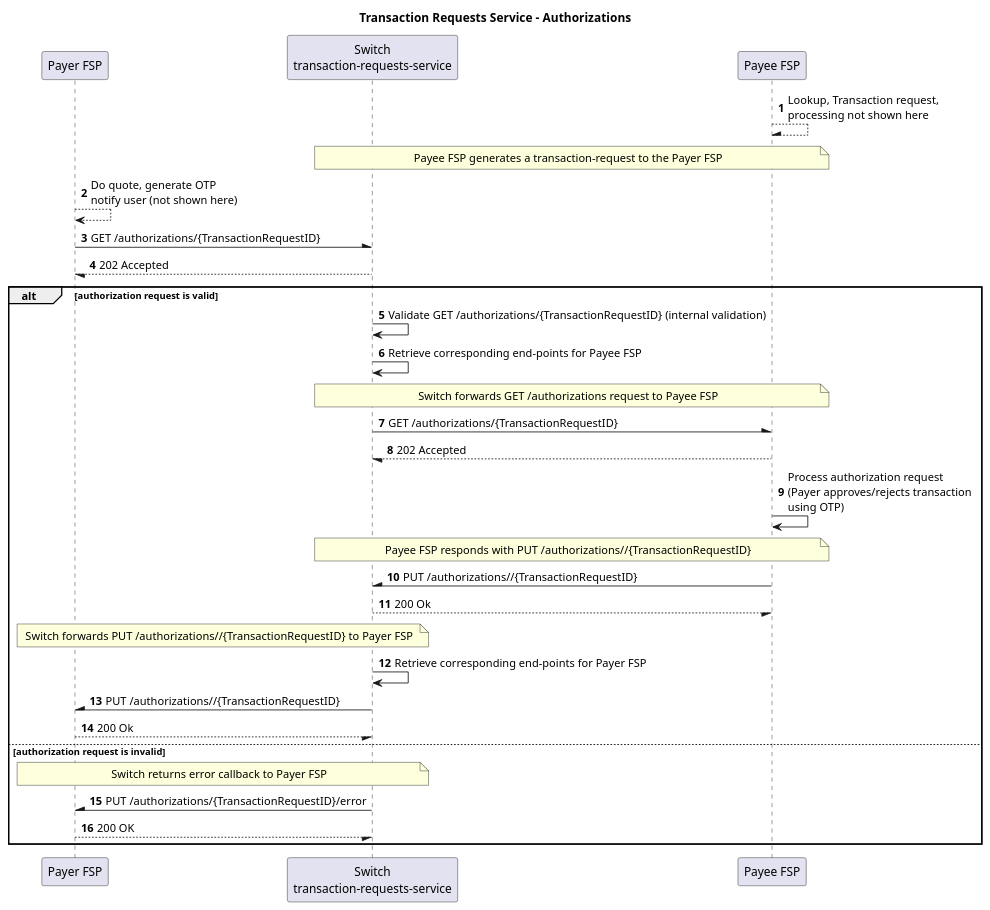
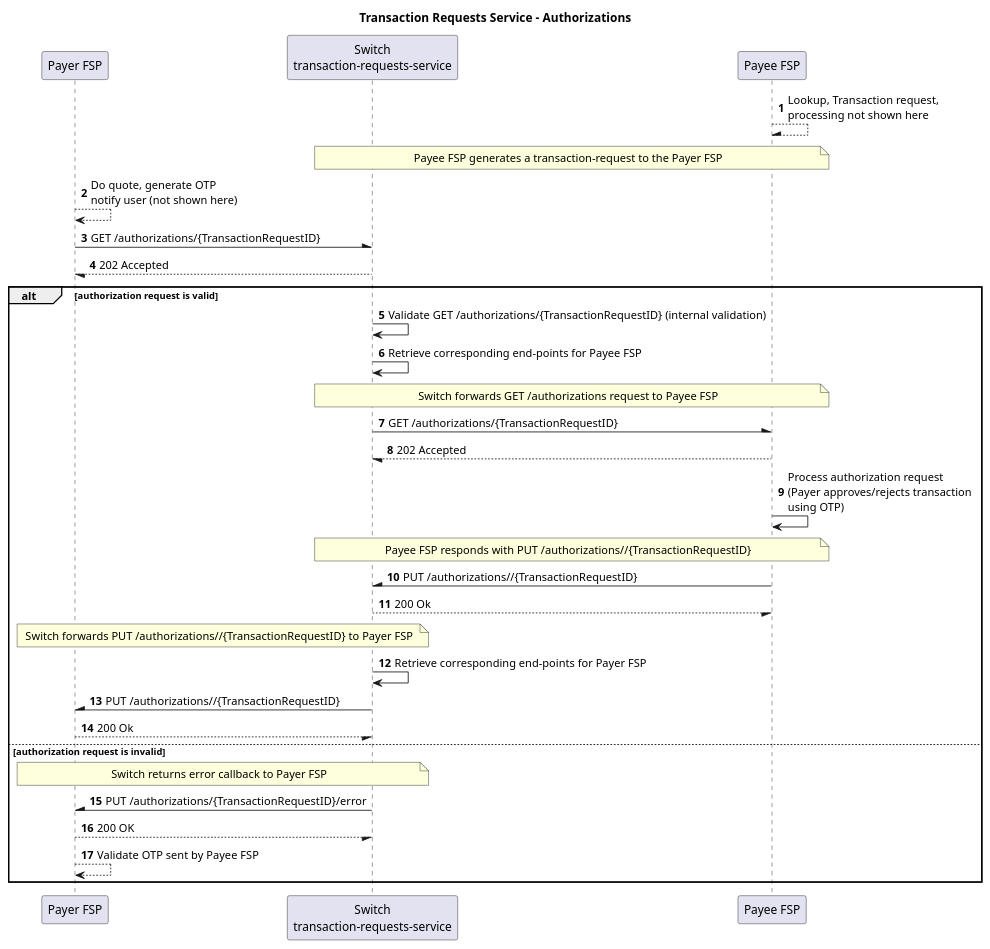
The diagram in mojaloop-technical-overview/transaction-requests-service/assets/diagrams/sequence/seq-trx-req-authorizations-2.0.0.plantuml (mojaloop/documentation), drawn with PlantUML before and after one commit.

Commit message:
Adding last step on authorizations

```diff
--- a/mojaloop-technical-overview/transaction-requests-service/assets/diagrams/sequence/seq-trx-req-authorizations-2.0.0.plantuml
+++ b/mojaloop-technical-overview/transaction-requests-service/assets/diagrams/sequence/seq-trx-req-authorizations-2.0.0.plantuml
@@ -26,38 +26,39 @@
 @startuml
 Title Transaction Requests Service - Authorizations
 participant "Payer FSP"
 participant "Switch\ntransaction-requests-service" as Switch
 participant "Payee FSP"
 
 autonumber
 "Payee FSP" --\ "Payee FSP": Lookup, Transaction request,\nprocessing not shown here
 note over "Payee FSP", Switch: Payee FSP generates a transaction-request to the Payer FSP
 "Payer FSP" --> "Payer FSP": Do quote, generate OTP\nnotify user (not shown here)
 "Payer FSP" -\ Switch: GET /authorizations/{TransactionRequestID}
 Switch --/ "Payer FSP": 202 Accepted
 
 alt authorization request is valid
     
     Switch -> Switch: Validate GET /authorizations/{TransactionRequestID} (internal validation)
     Switch -> Switch: Retrieve corresponding end-points for Payee FSP
     note over Switch, "Payee FSP": Switch forwards GET /authorizations request to Payee FSP
     Switch -\ "Payee FSP": GET /authorizations/{TransactionRequestID}
     "Payee FSP" --/ Switch: 202 Accepted
     "Payee FSP" -> "Payee FSP": Process authorization request\n(Payer approves/rejects transaction\nusing OTP)
     
     note over Switch, "Payee FSP": Payee FSP responds with PUT /authorizations//{TransactionRequestID}
     "Payee FSP" -\ Switch: PUT /authorizations//{TransactionRequestID}
     Switch --/ "Payee FSP": 200 Ok
 
     note over "Payer FSP", Switch: Switch forwards PUT /authorizations//{TransactionRequestID} to Payer FSP
     Switch -> Switch: Retrieve corresponding end-points for Payer FSP
     Switch -\ "Payer FSP": PUT /authorizations//{TransactionRequestID}
     "Payer FSP" --/ Switch: 200 Ok
         
 
 else authorization request is invalid
     note over "Payer FSP", Switch: Switch returns error callback to Payer FSP
     Switch -\ "Payer FSP": PUT /authorizations/{TransactionRequestID}/error
     "Payer FSP" --/ Switch: 200 OK
+    "Payer FSP" --> "Payer FSP": Validate OTP sent by Payee FSP
 end
 @enduml
```
